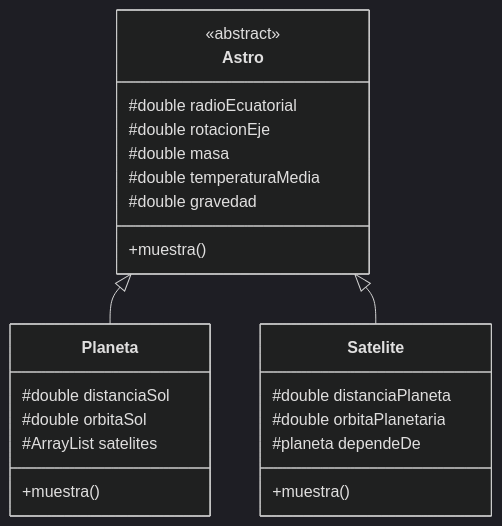
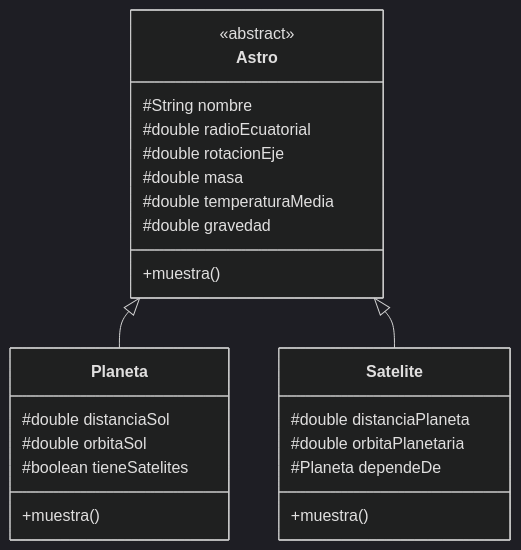
Before and after one commit to martinezpenya/1DAMProgramacion: the first of 3 diagrams in docs/UD08/UD08_ejercicios_ES.md, drawn with Mermaid (dark theme). The commit also changed other lines of this file, not shown here.

Commit message:
fix: Astro names

````diff
--- a/docs/UD08/UD08_ejercicios_ES.md
+++ b/docs/UD08/UD08_ejercicios_ES.md
@@ -381,25 +382,26 @@
 ```mermaid
 classDiagram
     Astro <|-- Planeta
     Astro <|-- Satelite
    
+    Astro : #String nombre
     Astro : #double radioEcuatorial
     Astro : #double rotacionEje
     Astro : #double masa
     Astro: #double temperaturaMedia
     Astro: #double gravedad
     Astro: +muestra()
     <<abstract>> Astro
     class Planeta{
         #double distanciaSol
         #double orbitaSol
-        #ArrayList<Satelite> satelites
+        #boolean tieneSatelites
         +muestra()
     }
     class Satelite{
         #double distanciaPlaneta
         #double orbitaPlanetaria
-        #planeta dependeDe
+        #Planeta dependeDe
         +muestra()
     }
 ```
````
